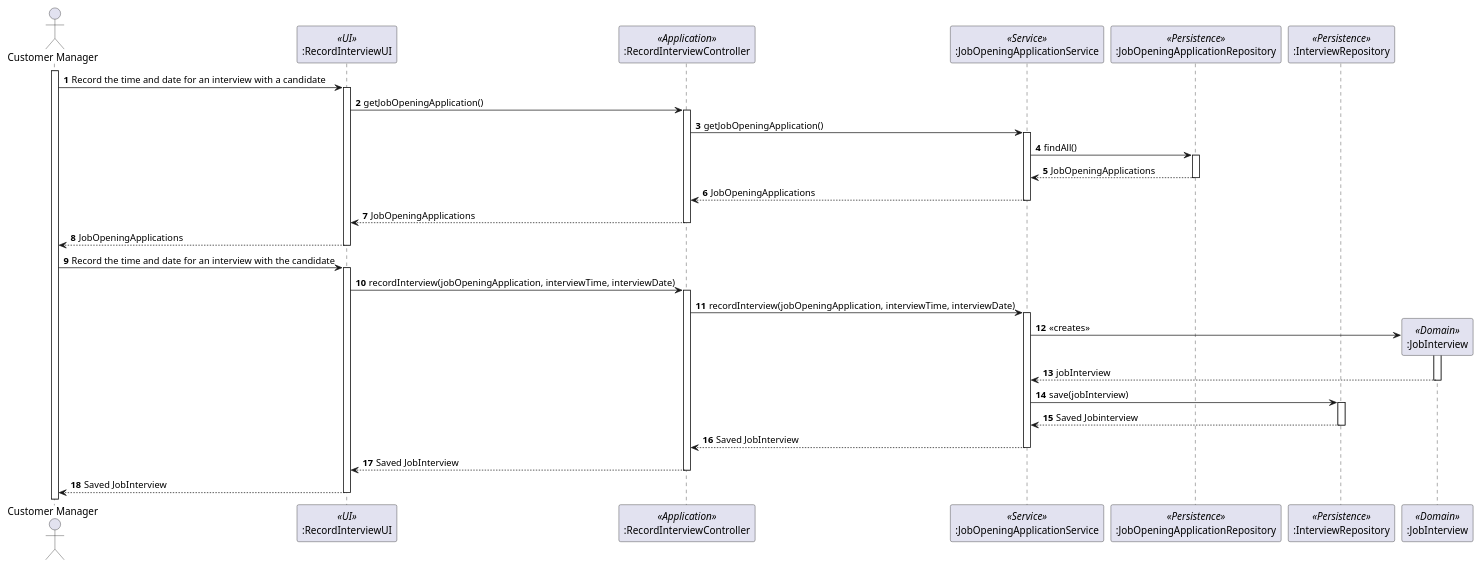
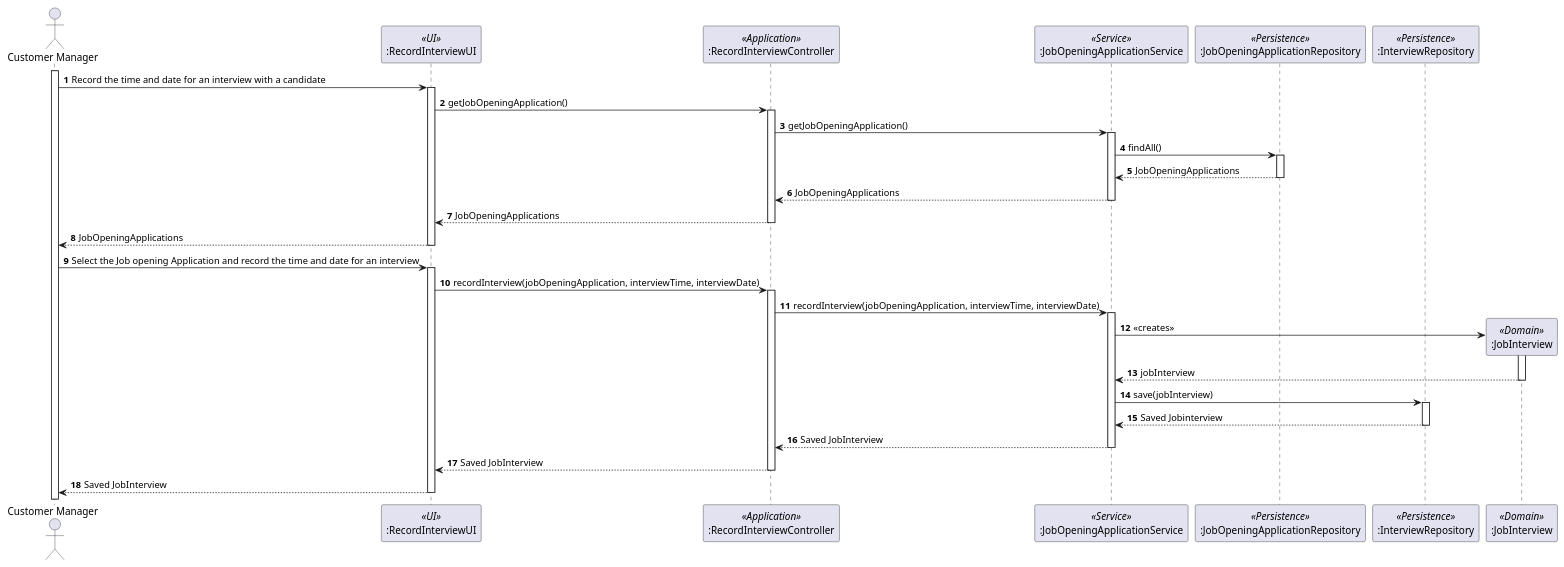
Before and after one commit to marcoferreira37/Lapr4: the diagram in docs/sprintC/1014/puml/1014-sequence-diagram.puml, drawn with PlantUML. The commit also changed 1 other file, not shown here.

```diff
--- a/docs/sprintC/1014/puml/1014-sequence-diagram.puml
+++ b/docs/sprintC/1014/puml/1014-sequence-diagram.puml
@@ -1,99 +1,99 @@
 @startuml
 
 actor "Customer Manager" as Agent
 participant ":RecordInterviewUI" as ui <<UI>>
 participant ":RecordInterviewController" as ctrl <<Application>>
 participant ":JobOpeningApplicationService" as jobApServ <<Service>>
 participant ":JobOpeningApplicationRepository" as jobRepo <<Persistence>>
 'participant ":ApplicationService" as appServ <<Service>>
 participant ":InterviewRepository" as intRepo <<Persistence>>
 'participant "app:JobOpeningApplication" as app <<Domain>>
 participant ":JobInterview" as interview <<Domain>>
 
 
 autonumber
 
 activate Agent
 
 Agent -> ui: Record the time and date for an interview with a candidate
 activate ui
 
 ui -> ctrl: getJobOpeningApplication()
 
 
 
 activate ctrl
 
 ctrl -> jobApServ: getJobOpeningApplication()
 
 activate jobApServ
 
 jobApServ -> jobRepo: findAll()
 activate jobRepo
 
 jobRepo --> jobApServ: JobOpeningApplications
 
 deactivate jobRepo
 
 
 jobApServ --> ctrl: JobOpeningApplications
 deactivate jobApServ
 
 
 ctrl --> ui: JobOpeningApplications
 deactivate ctrl
 
 
 ui --> Agent: JobOpeningApplications
 deactivate ui
 
 
 
-Agent -> ui: Record the time and date for an interview with the candidate
+Agent -> ui: Select the Job opening Application and record the time and date for an interview
 activate ui
 
 ui -> ctrl: recordInterview(jobOpeningApplication, interviewTime, interviewDate)
 
 activate ctrl
 
 ctrl -> jobApServ: recordInterview(jobOpeningApplication, interviewTime, interviewDate)
 
 activate jobApServ
 jobApServ -> interview** : «creates»
 activate interview
 
 interview --> jobApServ: jobInterview
 
 deactivate interview
 
 jobApServ -> intRepo: save(jobInterview)
 
 activate intRepo
 
 intRepo --> jobApServ: Saved Jobinterview
 deactivate intRepo
 
 
 
 
 
 deactivate intRepo
 
 
 jobApServ --> ctrl: Saved JobInterview
 deactivate jobApServ
 
 
 ctrl --> ui: Saved JobInterview
 deactivate ctrl
 
 ui --> Agent: Saved JobInterview
 
 deactivate ui
 
 
 
 
 
 
 @enduml
```
